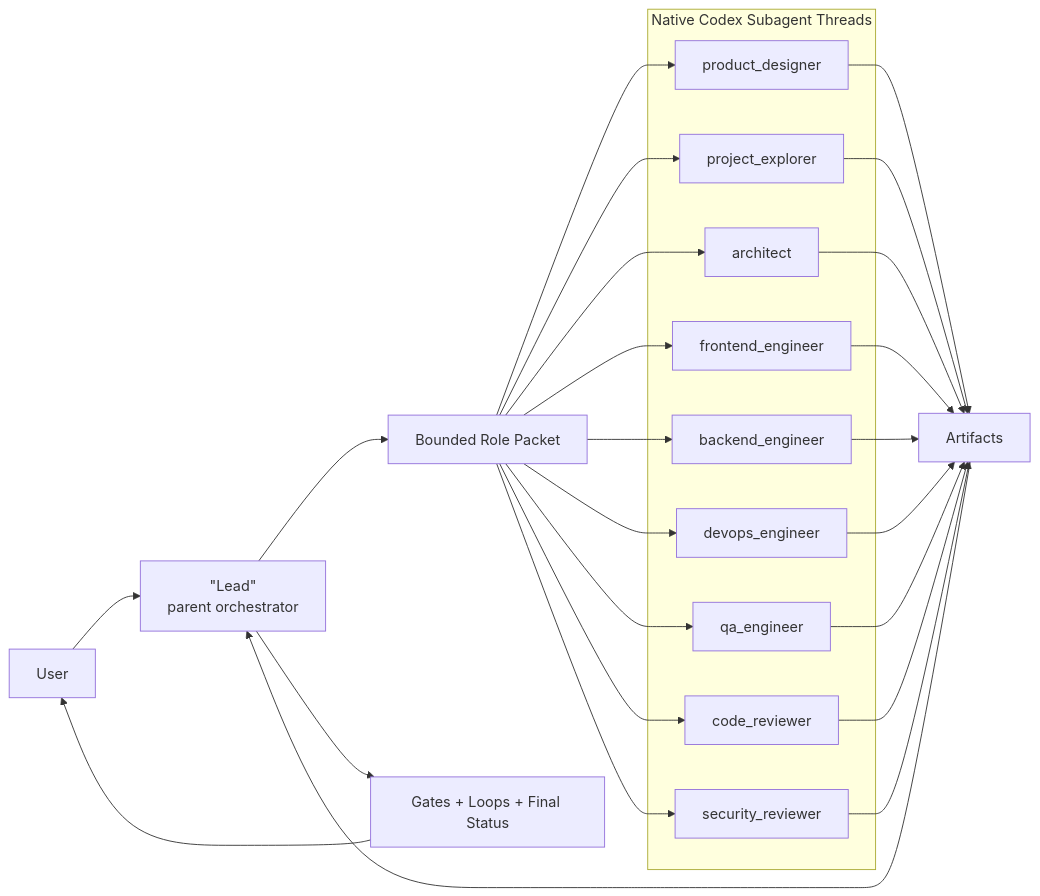
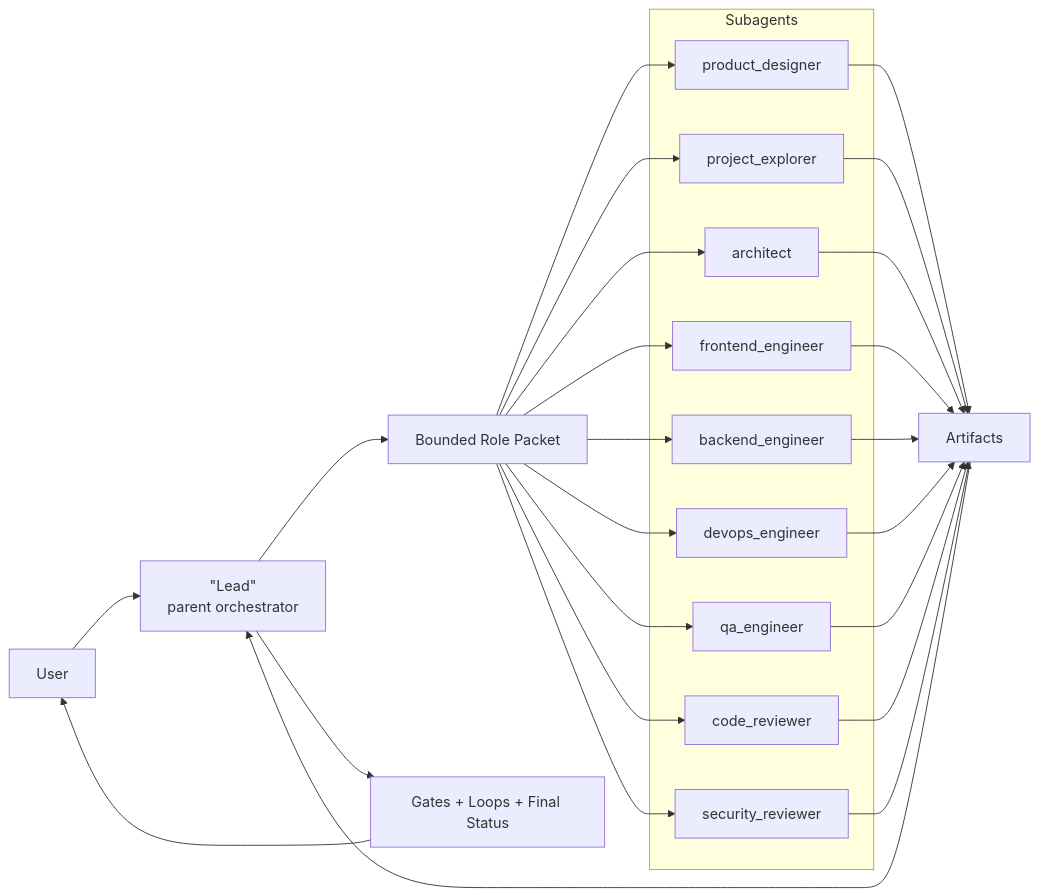
One commit to ty-testty/Agents-team changed the third of 4 diagrams in ARCHITECTURE.md. Above: the diagram before and after it, drawn with Mermaid. The commit also changed other lines of this file and 13 other files, not shown here.

````diff
--- a/ARCHITECTURE.md
+++ b/ARCHITECTURE.md
@@ -104,41 +105,41 @@
 ```mermaid
 flowchart LR
     U["User"] --> L["&quot;Lead&quot;<br/>parent orchestrator"]
 
-    subgraph Native["Native Codex Subagent Threads"]
+    subgraph Subagents["Subagents"]
         PD["product_designer"]
         PE["project_explorer"]
         AR["architect"]
         FE["frontend_engineer"]
         BE["backend_engineer"]
         DO["devops_engineer"]
         QA["qa_engineer"]
         CR["code_reviewer"]
         SR["security_reviewer"]
     end
 
     L --> RP["Bounded Role Packet"]
     RP --> PD
     RP --> PE
     RP --> AR
     RP --> FE
     RP --> BE
     RP --> DO
     RP --> QA
     RP --> CR
     RP --> SR
 
     PD --> A["Artifacts"]
     PE --> A
     AR --> A
     FE --> A
     BE --> A
     DO --> A
     QA --> A
     CR --> A
     SR --> A
 
     A --> L
     L --> G["Gates + Loops + Final Status"]
     G --> U
 ```
````
